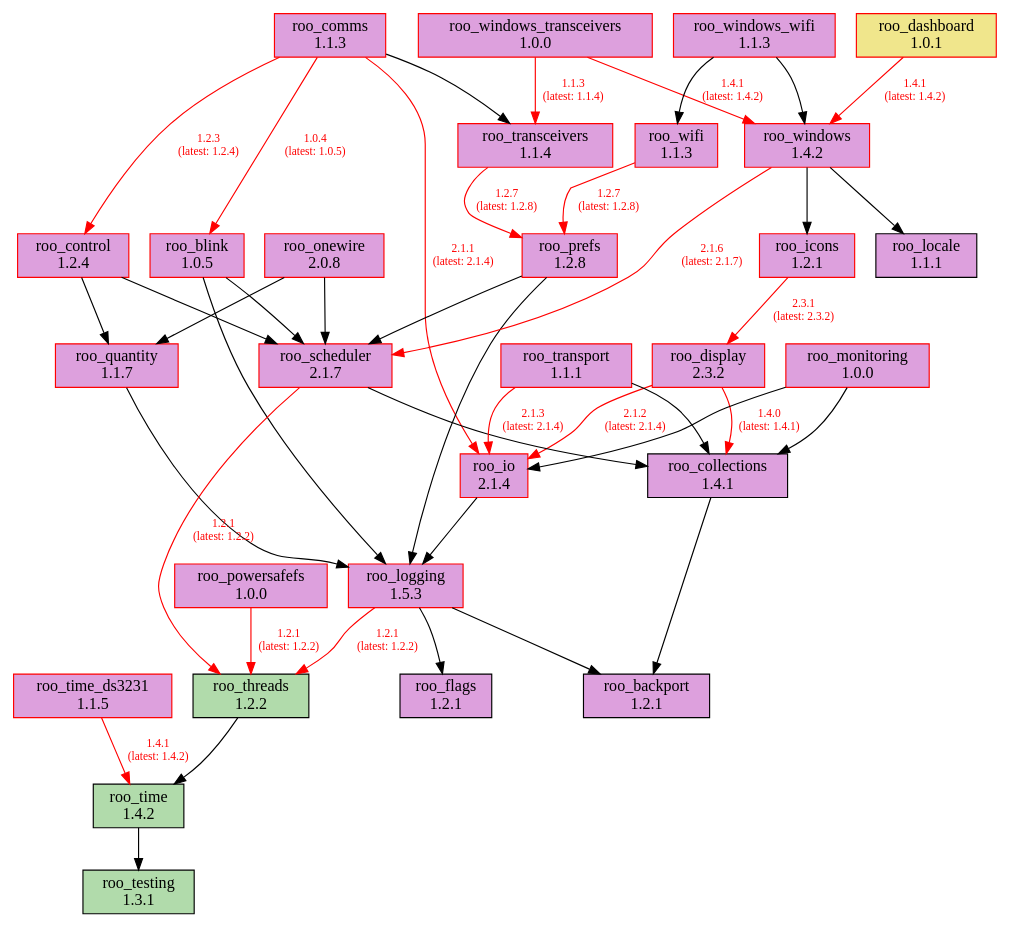
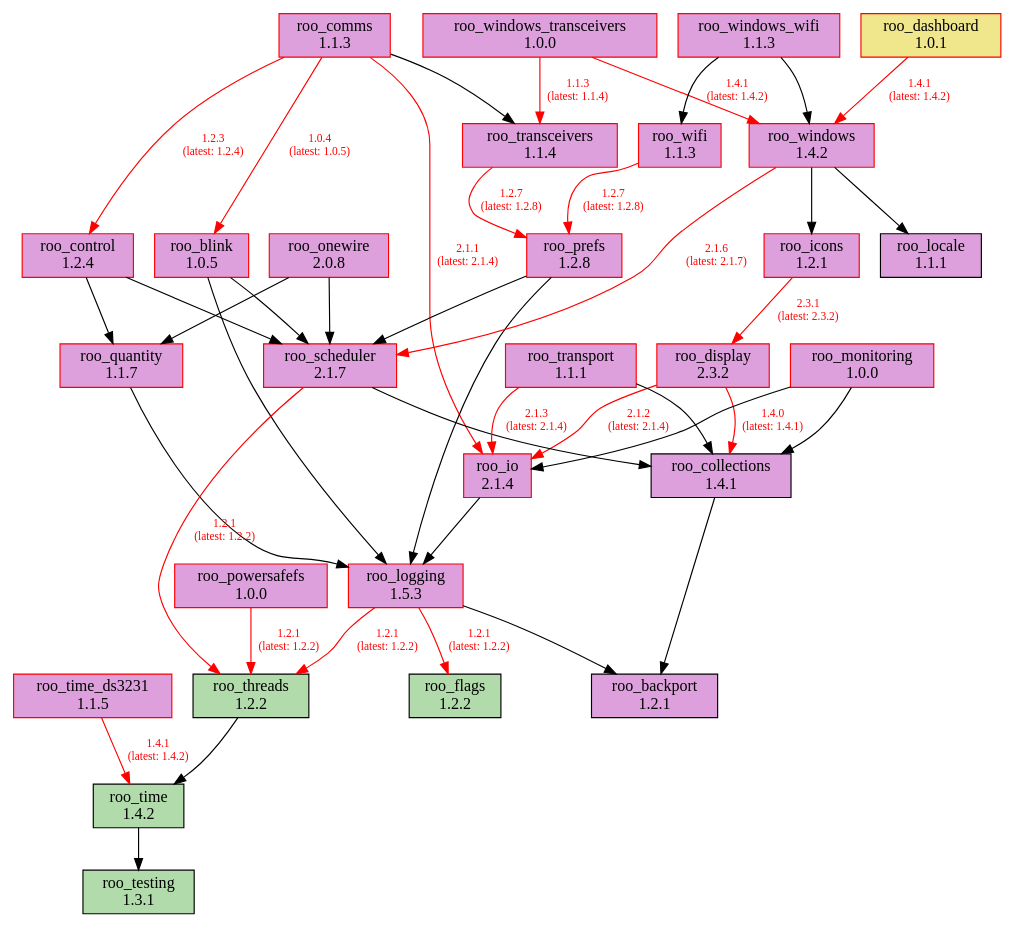
Before and after one commit to dejwk/roo-registry: the diagram in doc/dependencies.dot, drawn with Graphviz. The commit also changed 3 other files, not shown here.

Commit message:
Added roo_flags 1.2.2 to the registry.

```diff
--- a/doc/dependencies.dot
+++ b/doc/dependencies.dot
@@ -1,78 +1,78 @@
 digraph dependencies {
     rankdir=TB;
     node [shape=box, style=filled];
     edge [fontsize=10];
 
     // Modules
     "roo_backport" [label="roo_backport\n1.2.1", fillcolor="plum", color="black"];
     "roo_blink" [label="roo_blink\n1.0.5", fillcolor="plum", color="red"];
     "roo_collections" [label="roo_collections\n1.4.1", fillcolor="plum", color="black"];
     "roo_comms" [label="roo_comms\n1.1.3", fillcolor="plum", color="red"];
     "roo_control" [label="roo_control\n1.2.4", fillcolor="plum", color="red"];
     "roo_dashboard" [label="roo_dashboard\n1.0.1", fillcolor="khaki", color="red"];
     "roo_display" [label="roo_display\n2.3.2", fillcolor="plum", color="red"];
-    "roo_flags" [label="roo_flags\n1.2.1", fillcolor="plum", color="black"];
+    "roo_flags" [label="roo_flags\n1.2.2", fillcolor="#b1dbab", color="black"];
     "roo_icons" [label="roo_icons\n1.2.1", fillcolor="plum", color="red"];
     "roo_io" [label="roo_io\n2.1.4", fillcolor="plum", color="red"];
     "roo_locale" [label="roo_locale\n1.1.1", fillcolor="plum", color="black"];
     "roo_logging" [label="roo_logging\n1.5.3", fillcolor="plum", color="red"];
     "roo_monitoring" [label="roo_monitoring\n1.0.0", fillcolor="plum", color="red"];
     "roo_onewire" [label="roo_onewire\n2.0.8", fillcolor="plum", color="red"];
     "roo_powersafefs" [label="roo_powersafefs\n1.0.0", fillcolor="plum", color="red"];
     "roo_prefs" [label="roo_prefs\n1.2.8", fillcolor="plum", color="red"];
     "roo_quantity" [label="roo_quantity\n1.1.7", fillcolor="plum", color="red"];
     "roo_scheduler" [label="roo_scheduler\n2.1.7", fillcolor="plum", color="red"];
     "roo_testing" [label="roo_testing\n1.3.1", fillcolor="#b1dbab", color="black"];
     "roo_threads" [label="roo_threads\n1.2.2", fillcolor="#b1dbab", color="black"];
     "roo_time" [label="roo_time\n1.4.2", fillcolor="#b1dbab", color="black"];
     "roo_time_ds3231" [label="roo_time_ds3231\n1.1.5", fillcolor="plum", color="red"];
     "roo_transceivers" [label="roo_transceivers\n1.1.4", fillcolor="plum", color="red"];
     "roo_transport" [label="roo_transport\n1.1.1", fillcolor="plum", color="red"];
     "roo_wifi" [label="roo_wifi\n1.1.3", fillcolor="plum", color="red"];
     "roo_windows" [label="roo_windows\n1.4.2", fillcolor="plum", color="red"];
     "roo_windows_transceivers" [label="roo_windows_transceivers\n1.0.0", fillcolor="plum", color="red"];
     "roo_windows_wifi" [label="roo_windows_wifi\n1.1.3", fillcolor="plum", color="red"];
 
     // Dependencies
     "roo_blink" -> "roo_logging";
     "roo_blink" -> "roo_scheduler";
     "roo_collections" -> "roo_backport";
     "roo_comms" -> "roo_blink" [color=red, fontcolor=red, label="1.0.4\n(latest: 1.0.5)"];
     "roo_comms" -> "roo_control" [color=red, fontcolor=red, label="1.2.3\n(latest: 1.2.4)"];
     "roo_comms" -> "roo_io" [color=red, fontcolor=red, label="2.1.1\n(latest: 2.1.4)"];
     "roo_comms" -> "roo_transceivers";
     "roo_control" -> "roo_quantity";
     "roo_control" -> "roo_scheduler";
     "roo_dashboard" -> "roo_windows" [color=red, fontcolor=red, label="1.4.1\n(latest: 1.4.2)"];
     "roo_display" -> "roo_collections" [color=red, fontcolor=red, label="1.4.0\n(latest: 1.4.1)"];
     "roo_display" -> "roo_io" [color=red, fontcolor=red, label="2.1.2\n(latest: 2.1.4)"];
     "roo_icons" -> "roo_display" [color=red, fontcolor=red, label="2.3.1\n(latest: 2.3.2)"];
     "roo_io" -> "roo_logging";
     "roo_logging" -> "roo_backport";
-    "roo_logging" -> "roo_flags";
+    "roo_logging" -> "roo_flags" [color=red, fontcolor=red, label="1.2.1\n(latest: 1.2.2)"];
     "roo_logging" -> "roo_threads" [color=red, fontcolor=red, label="1.2.1\n(latest: 1.2.2)"];
     "roo_monitoring" -> "roo_collections";
     "roo_monitoring" -> "roo_io";
     "roo_onewire" -> "roo_scheduler";
     "roo_onewire" -> "roo_quantity";
     "roo_powersafefs" -> "roo_threads" [color=red, fontcolor=red, label="1.2.1\n(latest: 1.2.2)"];
     "roo_prefs" -> "roo_logging";
     "roo_prefs" -> "roo_scheduler";
     "roo_quantity" -> "roo_logging";
     "roo_scheduler" -> "roo_collections";
     "roo_scheduler" -> "roo_threads" [color=red, fontcolor=red, label="1.2.1\n(latest: 1.2.2)"];
     "roo_threads" -> "roo_time";
     "roo_time" -> "roo_testing";
     "roo_time_ds3231" -> "roo_time" [color=red, fontcolor=red, label="1.4.1\n(latest: 1.4.2)"];
     "roo_transceivers" -> "roo_prefs" [color=red, fontcolor=red, label="1.2.7\n(latest: 1.2.8)"];
     "roo_transport" -> "roo_collections";
     "roo_transport" -> "roo_io" [color=red, fontcolor=red, label="2.1.3\n(latest: 2.1.4)"];
     "roo_wifi" -> "roo_prefs" [color=red, fontcolor=red, label="1.2.7\n(latest: 1.2.8)"];
     "roo_windows" -> "roo_locale";
     "roo_windows" -> "roo_icons";
     "roo_windows" -> "roo_scheduler" [color=red, fontcolor=red, label="2.1.6\n(latest: 2.1.7)"];
     "roo_windows_transceivers" -> "roo_transceivers" [color=red, fontcolor=red, label="1.1.3\n(latest: 1.1.4)"];
     "roo_windows_transceivers" -> "roo_windows" [color=red, fontcolor=red, label="1.4.1\n(latest: 1.4.2)"];
     "roo_windows_wifi" -> "roo_wifi";
     "roo_windows_wifi" -> "roo_windows";
 }
```
